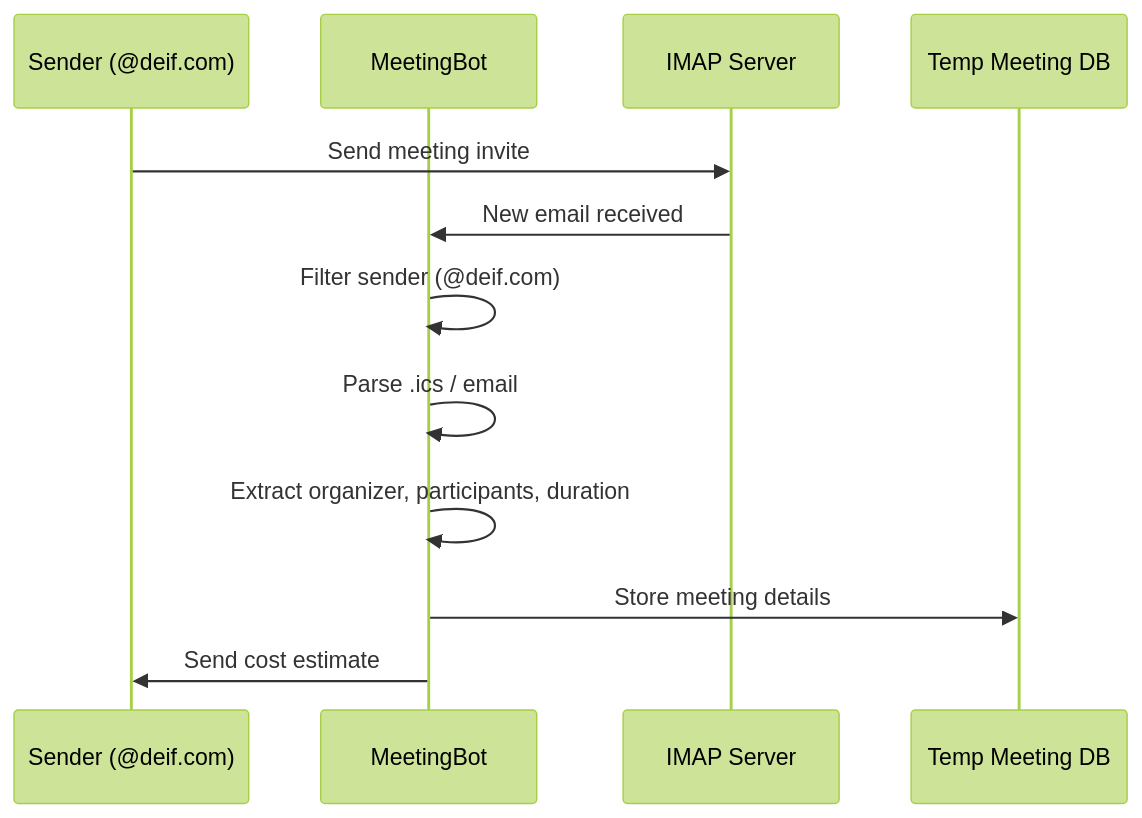
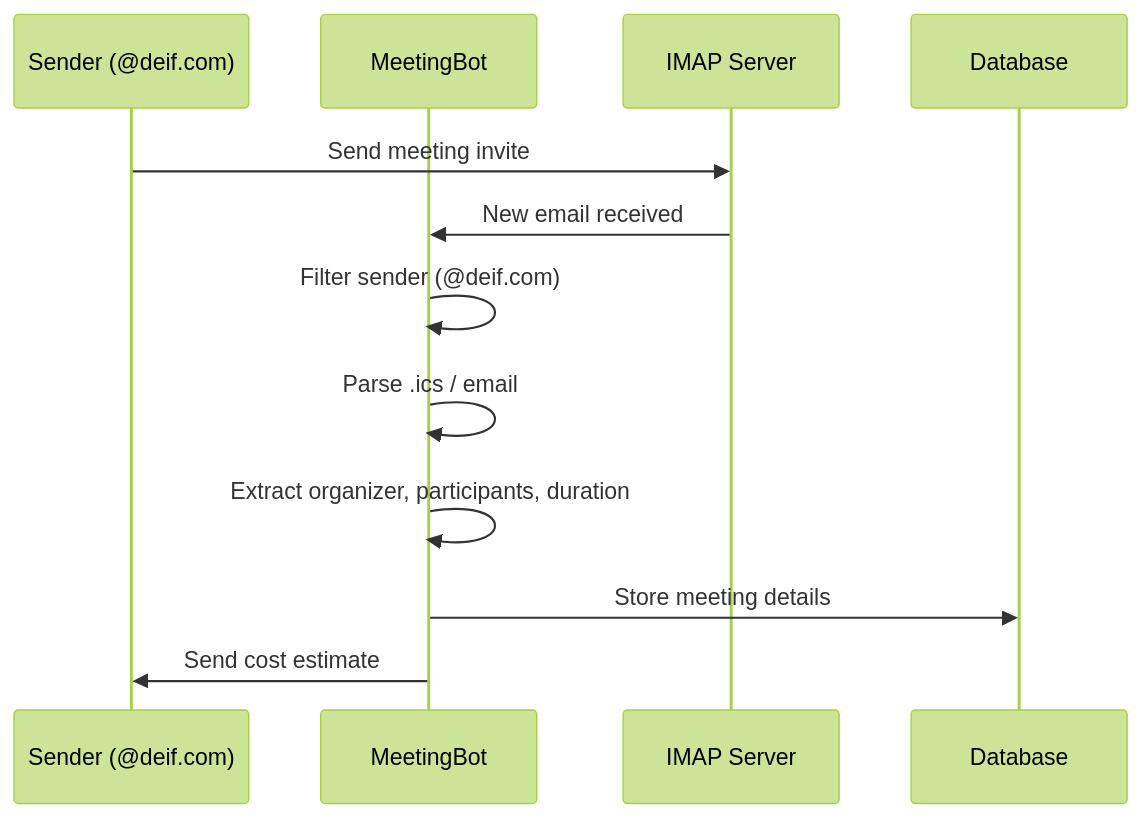
One commit to Morsianeren/meeting-calculator-bot changed the diagram in doc/meeting-invite-flow.md. Above: the diagram before and after it, drawn with Mermaid (forest theme). The commit also changed 1 other file, not shown here.

Commit message:
Fixed outdated diagrams

````diff
--- a/doc/meeting-invite-flow.md
+++ b/doc/meeting-invite-flow.md
@@ -3,14 +3,14 @@
 ```mermaid
 sequenceDiagram
     participant User as Sender (@deif.com)
     participant Bot as MeetingBot
     participant IMAP as IMAP Server
-    participant DB as Temp Meeting DB
+    participant DB as Database
     User->>IMAP: Send meeting invite
     IMAP->>Bot: New email received
     Bot->>Bot: Filter sender (@deif.com)
     Bot->>Bot: Parse .ics / email
     Bot->>Bot: Extract organizer, participants, duration
     Bot->>DB: Store meeting details
     Bot->>User: Send cost estimate
 ```
````
